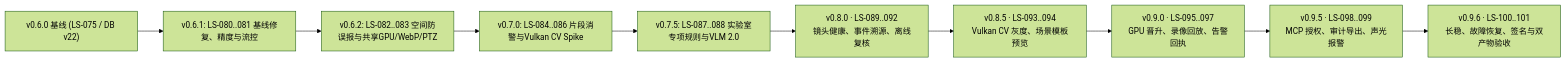
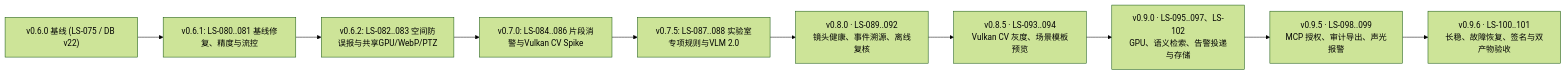
The first of 2 diagrams in docs/plan/v1.0.0-roadmap.md (windyxyz/LabSentinel), drawn with Mermaid (forest theme) before and after one commit. The commit also changed other lines of this file and 30 other files, not shown here.

````diff
--- a/docs/plan/v1.0.0-roadmap.md
+++ b/docs/plan/v1.0.0-roadmap.md
@@ -72,12 +74,12 @@
 ```mermaid
 flowchart LR
     V060["v0.6.0 基线 (LS-075 / DB v22)"] --> V061["v0.6.1: LS-080..081 基线修复、精度与流控"]
     V061 --> V062["v0.6.2: LS-082..083 空间防误报与共享GPU/WebP/PTZ"]
     V062 --> V070["v0.7.0: LS-084..086 片段消警与Vulkan CV Spike"]
     V070 --> V075["v0.7.5: LS-087..088 实验室专项规则与VLM 2.0"]
     V075 --> V080["v0.8.0 · LS-089..092<br/>镜头健康、事件溯源、离线复核"]
     V080 --> V085["v0.8.5 · LS-093..094<br/>Vulkan CV 灰度、场景模板预览"]
-    V085 --> V090["v0.9.0 · LS-095..097<br/>GPU 晋升、录像回放、告警回执"]
+    V085 --> V090["v0.9.0 · LS-095..097、LS-102<br/>GPU、语义检索、告警投递与存储"]
     V090 --> V095["v0.9.5 · LS-098..099<br/>MCP 授权、审计导出、声光报警"]
     V095 --> V096["v0.9.6 · LS-100..101<br/>长稳、故障恢复、签名与双产物验收"]
 ```
````
